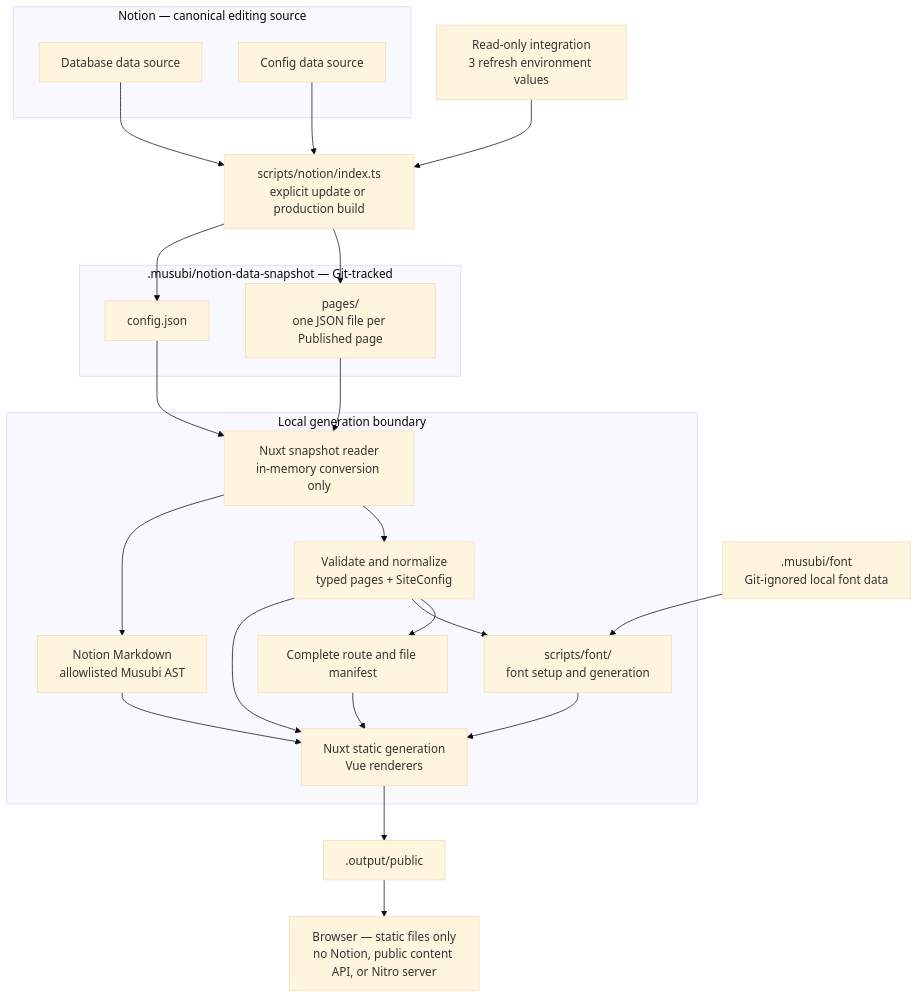
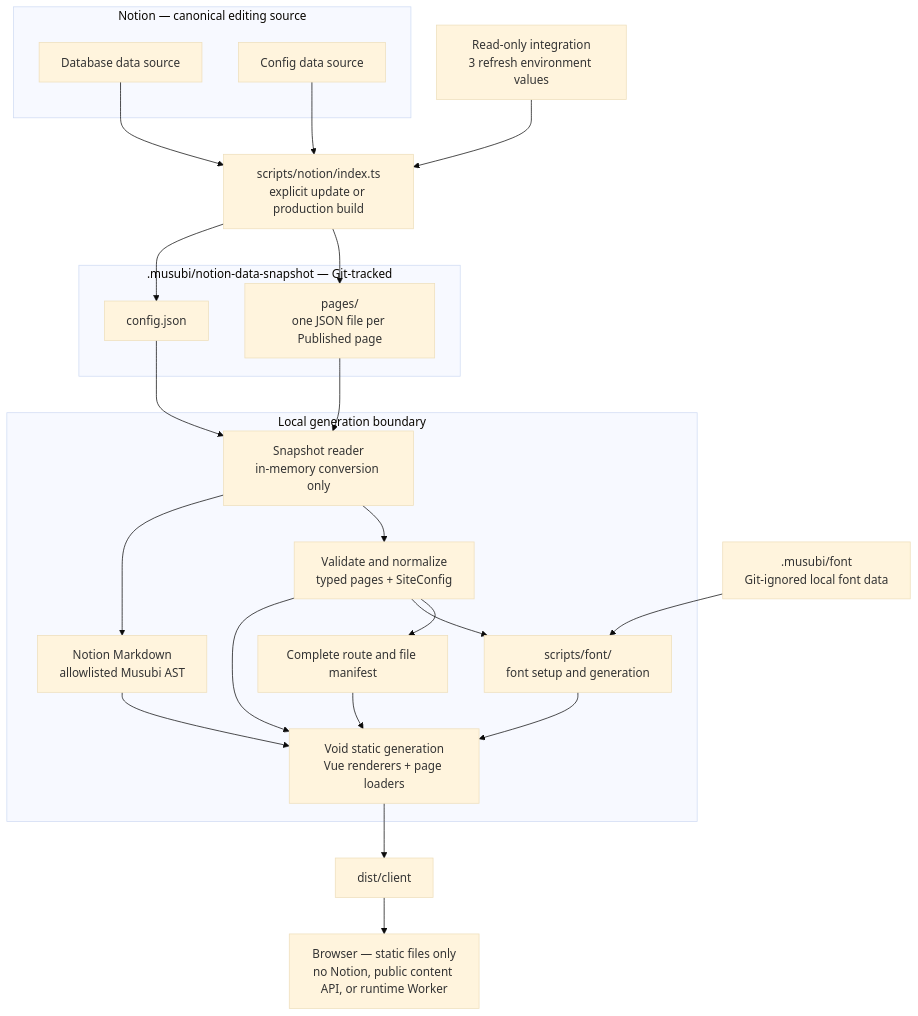
The diagram in .agents/docs/architecture.md (hyfdev/musubi), drawn with Mermaid (base theme) before and after one commit. The commit also changed other lines of this file and 54 other files, not shown here.

````diff
--- a/.agents/docs/architecture.md
+++ b/.agents/docs/architecture.md
@@ -9,49 +9,49 @@
 ```mermaid
 flowchart TB
   subgraph notion["Notion — canonical editing source"]
     content["Database data source"]
     config["Config data source"]
   end
 
   env["Read-only integration\n3 refresh environment values"]
 
   refresh["scripts/notion/index.ts\nexplicit update or production build"]
 
   subgraph data[".musubi/notion-data-snapshot — Git-tracked"]
     pageData["pages/\none JSON file per Published page"]
     configData["config.json"]
   end
 
   fontData[".musubi/font\nGit-ignored local font data"]
 
   subgraph build["Local generation boundary"]
-    reader["Nuxt snapshot reader\nin-memory conversion only"]
+    reader["Snapshot reader\nin-memory conversion only"]
     normalize["Validate and normalize\ntyped pages + SiteConfig"]
     body["Notion Markdown\nallowlisted Musubi AST"]
     fonts["scripts/font/\nfont setup and generation"]
     manifest["Complete route and file manifest"]
-    nuxt["Nuxt static generation\nVue renderers"]
+    void["Void static generation\nVue renderers + page loaders"]
   end
 
-  output[".output/public"]
-  browser["Browser — static files only\nno Notion, public content API, or Nitro server"]
+  output["dist/client"]
+  browser["Browser — static files only\nno Notion, public content API, or runtime Worker"]
 
   env --> refresh
   content --> refresh
   config --> refresh
   refresh --> pageData
   refresh --> configData
   pageData --> reader
   configData --> reader
   fontData --> fonts
   reader --> normalize
   reader --> body
   normalize --> manifest
   normalize --> fonts
-  normalize --> nuxt
-  body --> nuxt
-  fonts --> nuxt
-  manifest --> nuxt
-  nuxt --> output
+  normalize --> void
+  body --> void
+  fonts --> void
+  manifest --> void
+  void --> output
   output --> browser
 ```
````
